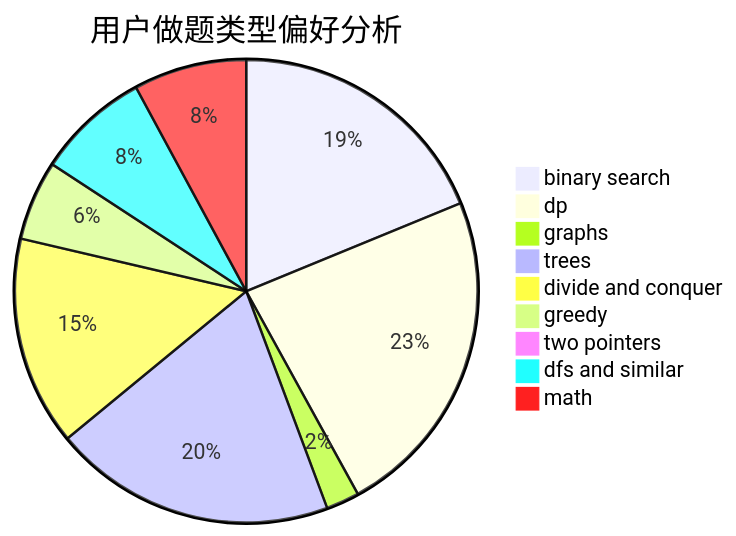
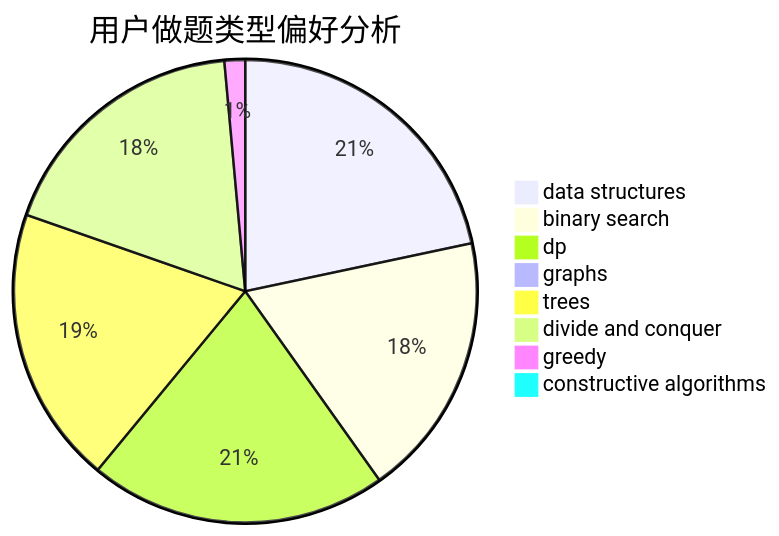
One commit to sherpahu/cfrs.github.io changed the second of 3 diagrams in docs/user/u16.md. Above: the diagram before and after it, drawn with Mermaid. The commit also changed other lines of this file and 2775 other files, not shown here.

````diff
--- a/docs/user/u16.md
+++ b/docs/user/u16.md
@@ -23,12 +23,11 @@
 ```mermaid
 pie title 用户做题类型偏好分析
-    "binary search" :  81
-    "dp" :  100
-    "graphs" :  10
-    "trees" :  85
+    "data structures" :  75
+    "binary search" :  64
+    "dp" :  72
+    "graphs" :  2
+    "trees" :  67
     "divide and conquer" :  63
-    "greedy" :  24
-    "two pointers" :  0
-    "dfs and similar" :  34
-    "math" :  34
+    "greedy" :  5
+    "constructive algorithms" :  3
 ```
````
